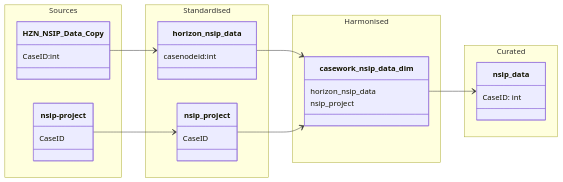
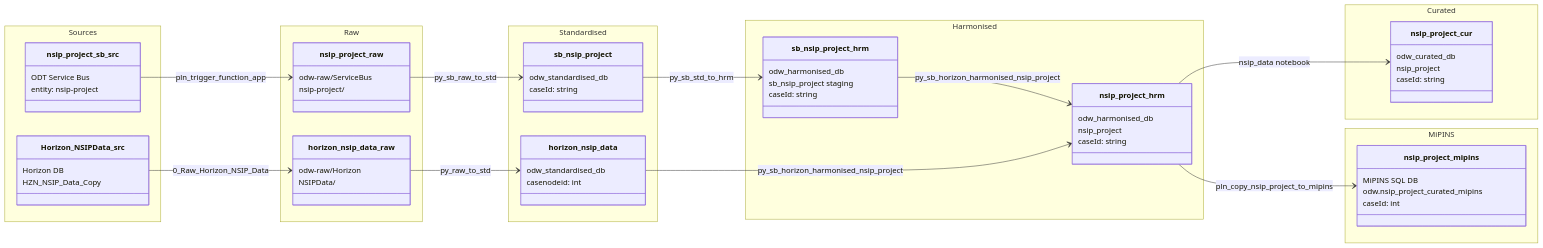
Before and after one commit to Planning-Inspectorate/odw-synapse-workspace: the diagram in data-models/nsip-project.md, drawn with Mermaid. The commit also changed other lines of this file and 9 other files, not shown here.

First line of the commit message:
Updated all the existing nsip data models and created the new data models where it does not exist (#2596)

````diff
--- a/data-models/nsip-project.md
+++ b/data-models/nsip-project.md
@@ -12,54 +12,89 @@
 
     namespace Sources {
 
-        class HZN_NSIP_Data_Copy {
-            CaseID:int
+        class nsip_project_sb_src {
+            ODT Service Bus
+            entity: nsip-project
         }
 
-        class nsip-project {
-            CaseID
+        class Horizon_NSIPData_src {
+            Horizon DB
+            HZN_NSIP_Data_Copy
+        }
+    }
+
+    namespace Raw {
+
+        class nsip_project_raw {
+            odw-raw/ServiceBus
+            nsip-project/
         }
 
+        class horizon_nsip_data_raw {
+            odw-raw/Horizon
+            NSIPData/
+        }
+    }
 
-    }
-    
     namespace Standardised {
 
-        class horizon_nsip_data {
-             casenodeid:int
+        class sb_nsip_project {
+            odw_standardised_db
+            caseId: string
         }
 
-        class nsip_project {
-            CaseID
+        class horizon_nsip_data {
+            odw_standardised_db
+            casenodeid: int
         }
-
     }
 
     namespace Harmonised {
 
-
-        class casework_nsip_data_dim {
-            horizon_nsip_data
-            nsip_project
+        class sb_nsip_project_hrm {
+            odw_harmonised_db
+            sb_nsip_project staging
+            caseId: string
         }
 
+        class nsip_project_hrm {
+            odw_harmonised_db
+            nsip_project
+            caseId: string
+        }
     }
 
     namespace Curated {
 
-        class nsip_data {
-            CaseID: int
+        class nsip_project_cur {
+            odw_curated_db
+            nsip_project
+            caseId: string
         }
     }
 
+    namespace MiPINS {
 
-`HZN_NSIP_Data_Copy` --> `horizon_nsip_data`
-`nsip-project` -->`nsip_project`
+        class nsip_project_mipins {
+            MiPINS SQL DB
+            odw.nsip_project_curated_mipins
+            caseId: int
+        }
+    }
 
-`horizon_nsip_data` --> `casework_nsip_data_dim`
+`nsip_project_sb_src` --> `nsip_project_raw` : pln_trigger_function_app
+`Horizon_NSIPData_src` --> `horizon_nsip_data_raw` : 0_Raw_Horizon_NSIP_Data
 
-`nsip_project`--> `casework_nsip_data_dim`
+`nsip_project_raw` --> `sb_nsip_project` : py_sb_raw_to_std
+`horizon_nsip_data_raw` --> `horizon_nsip_data` : py_raw_to_std
 
-`casework_nsip_data_dim` --> `nsip_data`
+`sb_nsip_project` --> `sb_nsip_project_hrm` : py_sb_std_to_hrm
+
+`sb_nsip_project_hrm` --> `nsip_project_hrm` : py_sb_horizon_harmonised_nsip_project
+`horizon_nsip_data` --> `nsip_project_hrm` : py_sb_horizon_harmonised_nsip_project
+
+`nsip_project_hrm` --> `nsip_project_cur` : nsip_data notebook
+
+`nsip_project_hrm` --> `nsip_project_mipins` : pln_copy_nsip_project_to_mipins
 
 ```
````
